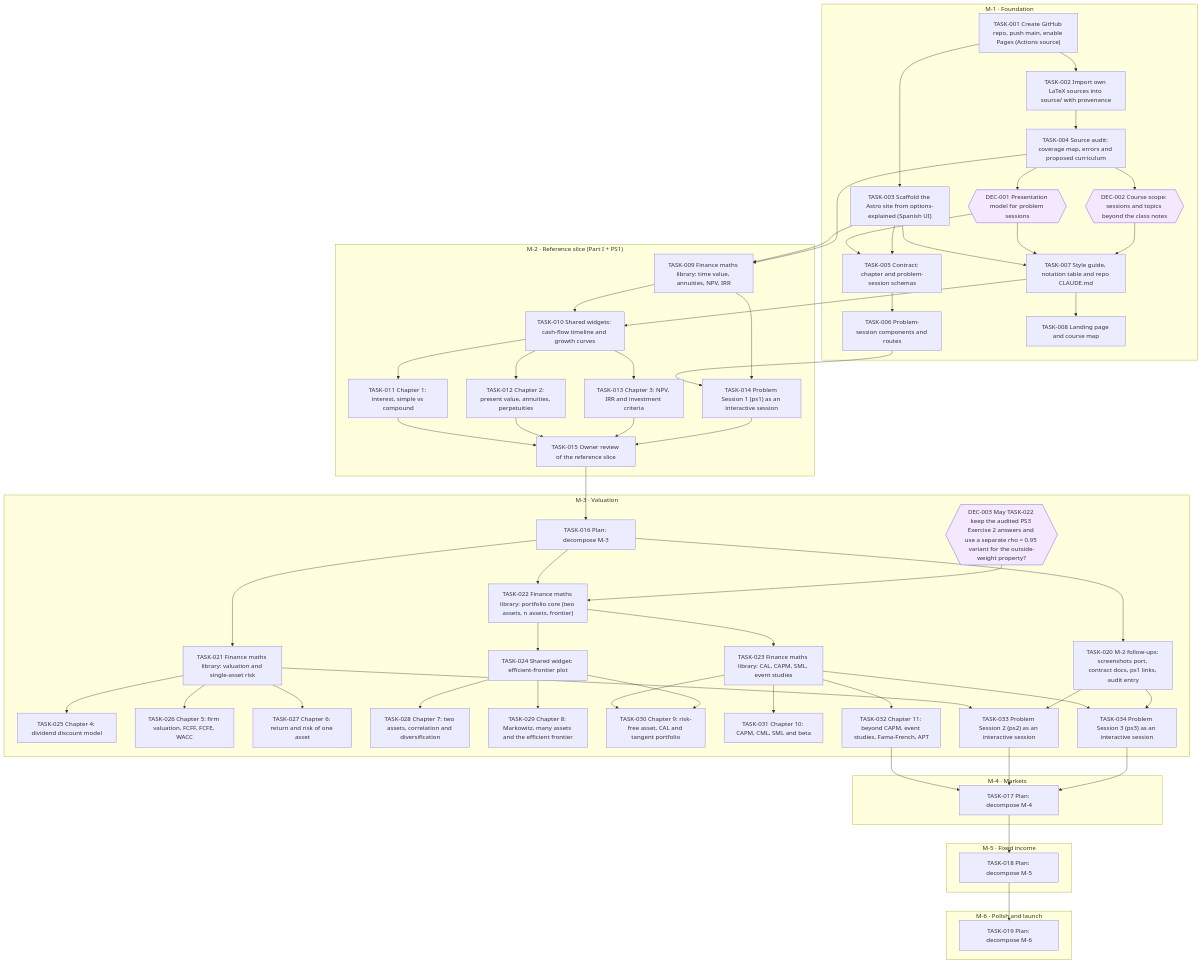
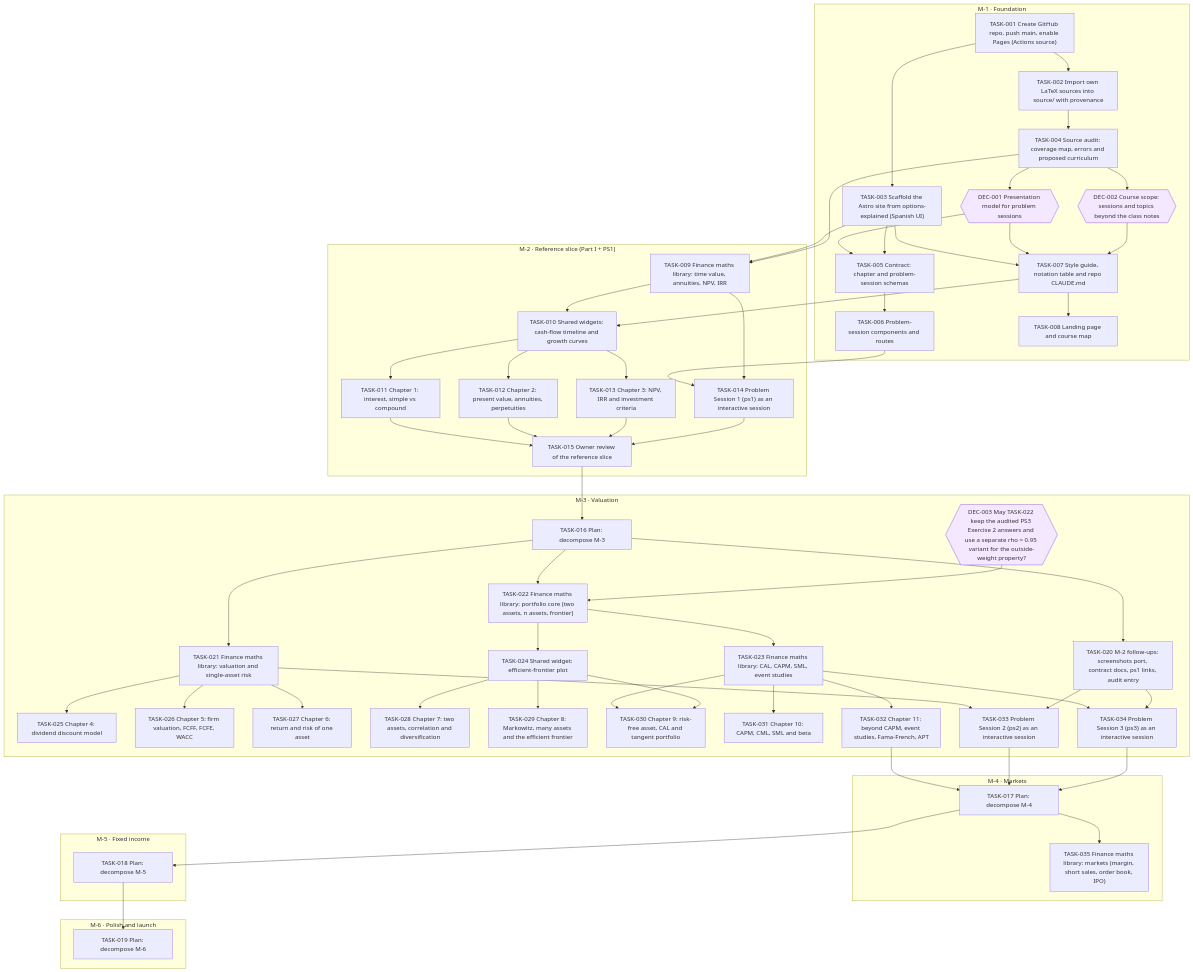
One commit to jesusvillota/economia-financiera changed the diagram in goals/course-site/README.md. Above: the diagram before and after it, drawn with Mermaid. The commit also changed 1 other file, not shown here.

Commit message:
goal(course-site): add TASK-035 Finance maths library: markets (margin, short sales, order book, IPO)

```diff
--- a/goals/course-site/README.md
+++ b/goals/course-site/README.md
@@ -76,6 +76,7 @@
   end
   subgraph M_4["M-4 · Markets"]
     TASK_017["TASK-017 Plan: decompose M-4"]
+    TASK_035["TASK-035 Finance maths library: markets (margin, short sales, order book, IPO)"]
   end
   subgraph M_5["M-5 · Fixed income"]
     TASK_018["TASK-018 Plan: decompose M-5"]
@@ -133,6 +134,7 @@
   TASK_020 --> TASK_033
   TASK_023 --> TASK_034
   TASK_020 --> TASK_034
+  TASK_017 --> TASK_035
   classDef draft stroke-dasharray: 4 3
   classDef cancelled opacity:0.45
   classDef decision fill:#f3e8ff,stroke:#7c3aed
```
